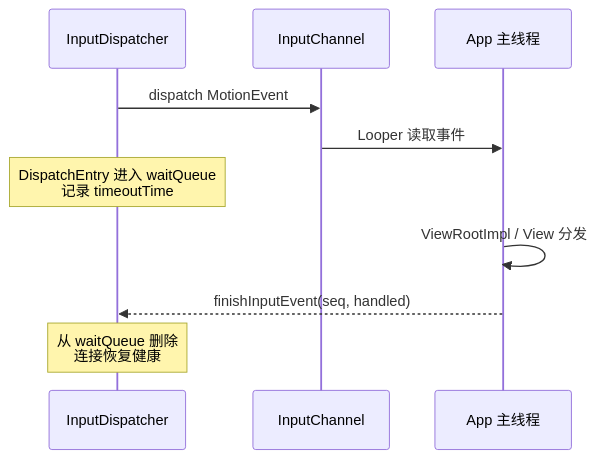
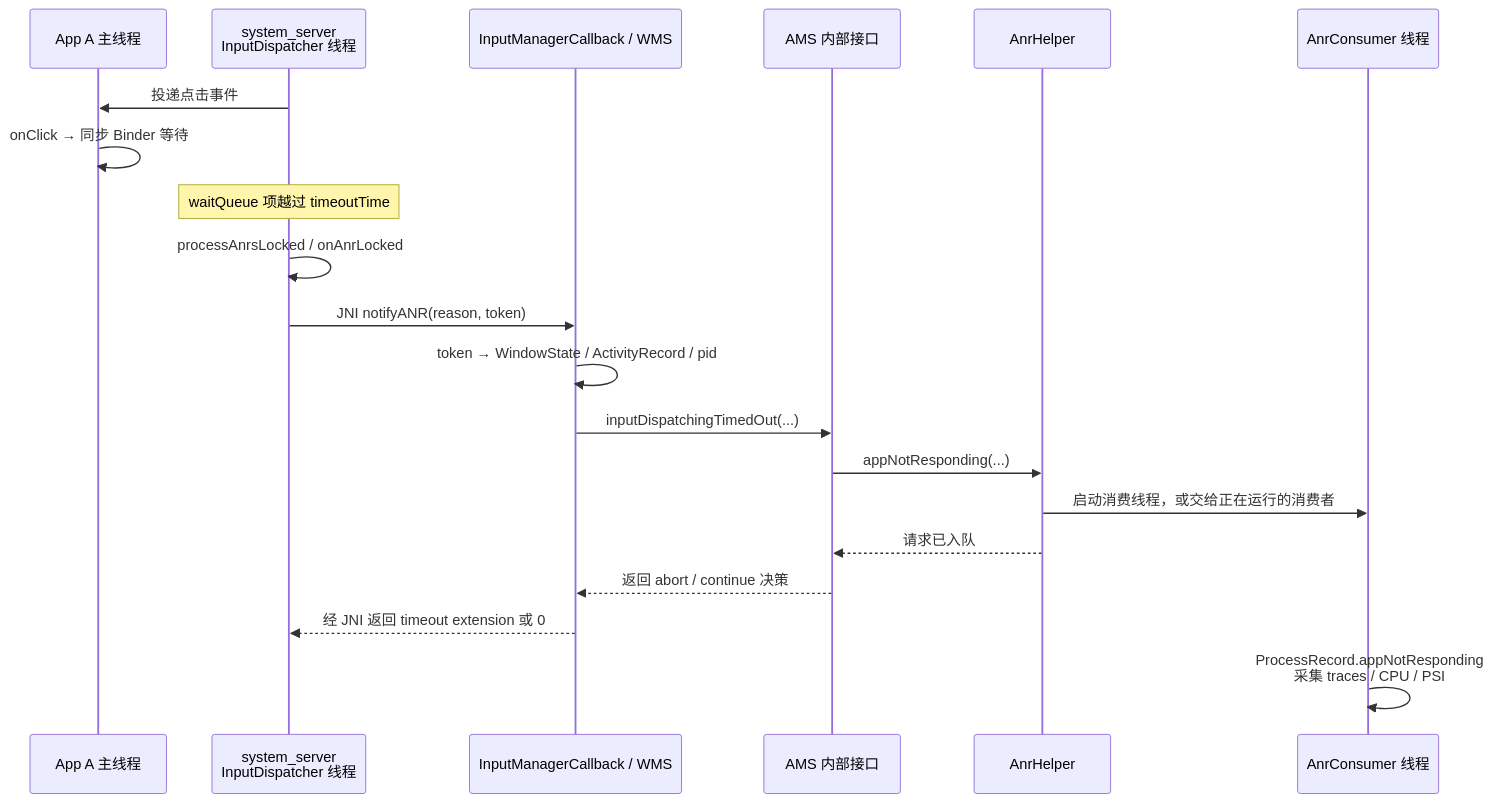
Before and after one commit to junyingzhao001/StudyNotes: the diagram in Android源码学习/18-ANR原理与系统诊断.md, drawn with Mermaid. The commit also changed other lines of this file and 93 other files, not shown here.

````diff
--- a/Android源码学习/18-ANR原理与系统诊断.md
+++ b/Android源码学习/18-ANR原理与系统诊断.md
@@ -134,12 +155,23 @@
 ```mermaid
 sequenceDiagram
-    participant ID as InputDispatcher
-    participant CH as InputChannel
-    participant APP as App 主线程
-    ID->>CH: dispatch MotionEvent
-    CH->>APP: Looper 读取事件
-    Note over ID: DispatchEntry 进入 waitQueue<br/>记录 timeoutTime
-    APP->>APP: ViewRootImpl / View 分发
-    APP-->>ID: finishInputEvent(seq, handled)
-    Note over ID: 从 waitQueue 删除<br/>连接恢复健康
+    participant APP as App A 主线程
+    participant ID as system_server<br/>InputDispatcher 线程
+    participant WMS as InputManagerCallback / WMS
+    participant AMS as AMS 内部接口
+    participant AH as AnrHelper
+    participant AC as AnrConsumer 线程
+
+    ID->>APP: 投递点击事件
+    APP->>APP: onClick → 同步 Binder 等待
+    Note over ID: waitQueue 项越过 timeoutTime
+    ID->>ID: processAnrsLocked / onAnrLocked
+    ID->>WMS: JNI notifyANR(reason, token)
+    WMS->>WMS: token → WindowState / ActivityRecord / pid
+    WMS->>AMS: inputDispatchingTimedOut(...)
+    AMS->>AH: appNotResponding(...)
+    AH->>AC: 启动消费线程，或交给正在运行的消费者
+    AH-->>AMS: 请求已入队
+    AMS-->>WMS: 返回 abort / continue 决策
+    WMS-->>ID: 经 JNI 返回 timeout extension 或 0
+    AC->>AC: ProcessRecord.appNotResponding<br/>采集 traces / CPU / PSI
 ```
````
